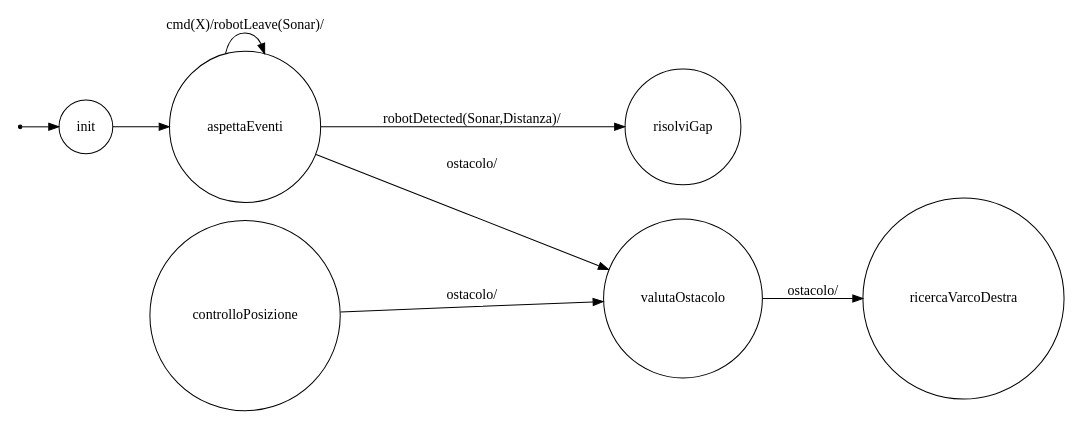
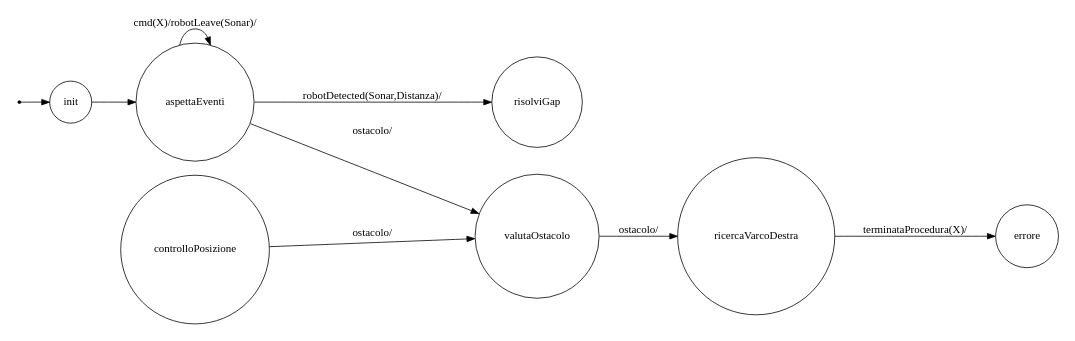
Before and after one commit to sabbio93/QRobotEvitaMuri: the diagram in Model6/srcMore/it/unibo/robotmind/dotFsm.gv, drawn with Graphviz. The commit also changed 1 other file, not shown here.

```diff
--- a/Model6/srcMore/it/unibo/robotmind/dotFsm.gv
+++ b/Model6/srcMore/it/unibo/robotmind/dotFsm.gv
@@ -1,28 +1,30 @@
 /*
 *
 * A GraphViz DOT FSM description 
 * Please use a GraphViz visualizer (like http://www.webgraphviz.com)
 * 
 * Generated by AM,NC,RM
 *  
 */
  
 digraph finite_state_machine {
   	rankdir=LR;
   	size="8,5"
   	node [shape = point]; iniziale;
   	node [shape = doublecircle]; 
   	node [shape = circle];
   	iniziale -> init [label = ""];
   	
   	
   	init -> aspettaEventi [ label = ""];
   	
   	aspettaEventi -> aspettaEventi [ label = "cmd(X)/robotLeave(Sonar)/"];
   	aspettaEventi -> risolviGap [ label = "robotDetected(Sonar,Distanza)/"];
   	aspettaEventi -> valutaOstacolo [ label = "ostacolo/"];
   	
   	controlloPosizione -> valutaOstacolo [ label = "ostacolo/"];
   	
   	valutaOstacolo -> ricercaVarcoDestra [ label = "ostacolo/"];
+  	
+  	ricercaVarcoDestra -> errore [ label = "terminataProcedura(X)/"];
 }
```
